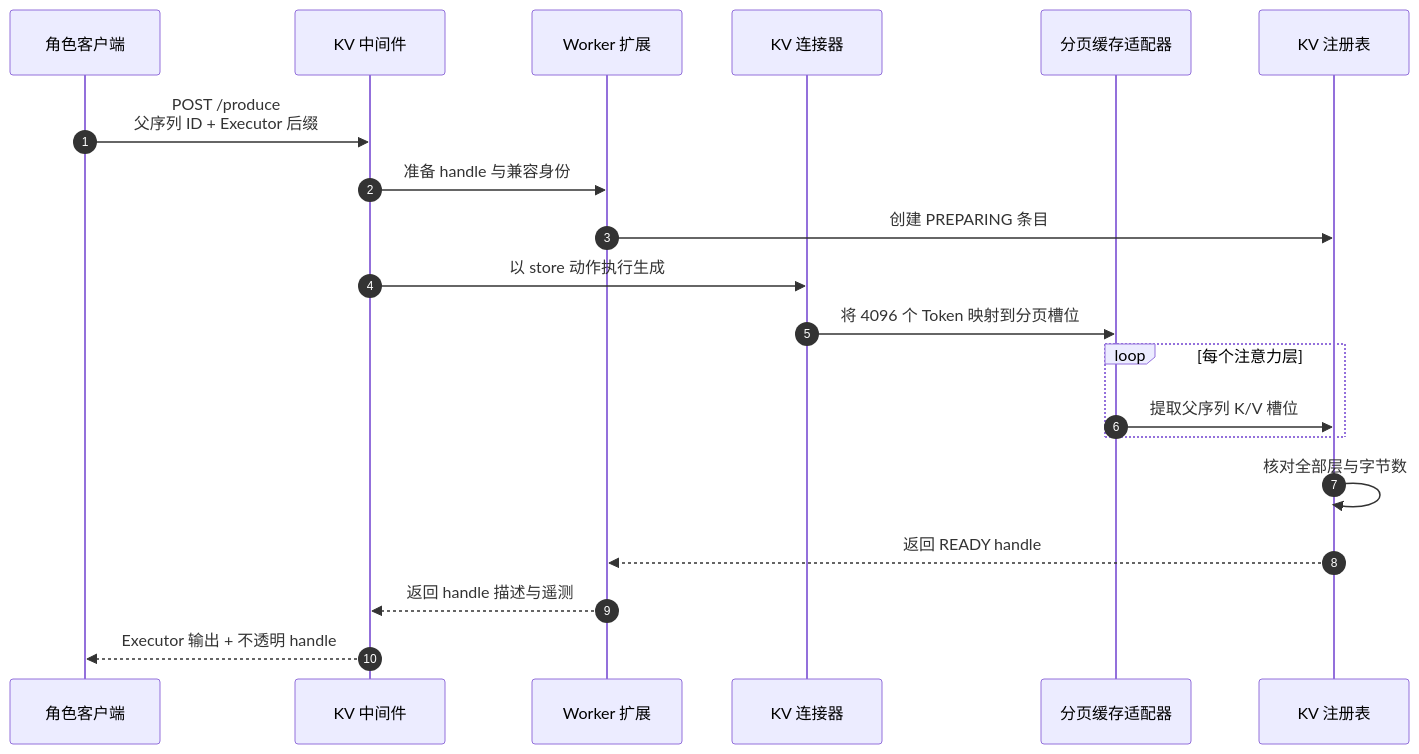
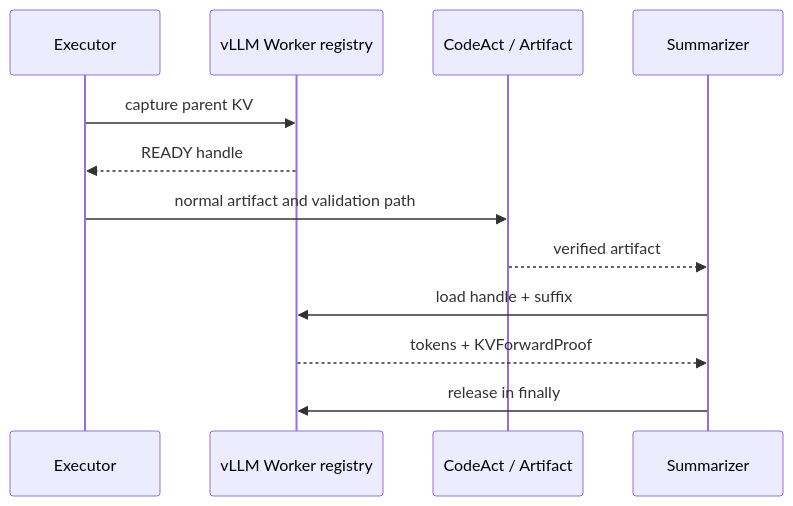
The diagram in docs/implementation/runtime/engine-local-kv-continuation.md (qcrs/os), drawn with Mermaid before and after one commit. The commit also changed other lines of this file and 2507 other files, not shown here.

````diff
--- a/docs/implementation/runtime/engine-local-kv-continuation.md
+++ b/docs/implementation/runtime/engine-local-kv-continuation.md
@@ -85,23 +7,14 @@
-```mermaid
+~~~mermaid
 sequenceDiagram
-    autonumber
-    participant RC as 角色客户端
-    participant MW as KV 中间件
-    participant WK as Worker 扩展
-    participant CO as KV 连接器
-    participant PC as 分页缓存适配器
-    participant RG as KV 注册表
-
-    RC->>MW: POST /produce<br/>父序列 ID + Executor 后缀
-    MW->>WK: 准备 handle 与兼容身份
-    WK->>RG: 创建 PREPARING 条目
-    MW->>CO: 以 store 动作执行生成
-    CO->>PC: 将 4096 个 Token 映射到分页槽位
-    loop 每个注意力层
-        PC->>RG: 提取父序列 K/V 槽位
-    end
-    RG->>RG: 核对全部层与字节数
-    RG-->>WK: 返回 READY handle
-    WK-->>MW: 返回 handle 描述与遥测
-    MW-->>RC: Executor 输出 + 不透明 handle
-```
+    participant E as Executor
+    participant K as vLLM Worker registry
+    participant C as CodeAct / Artifact
+    participant S as Summarizer
+    E->>K: capture parent KV
+    K-->>E: READY handle
+    E->>C: normal artifact and validation path
+    C-->>S: verified artifact
+    S->>K: load handle + suffix
+    K-->>S: tokens + KVForwardProof
+    S->>K: release in finally
+~~~
````
